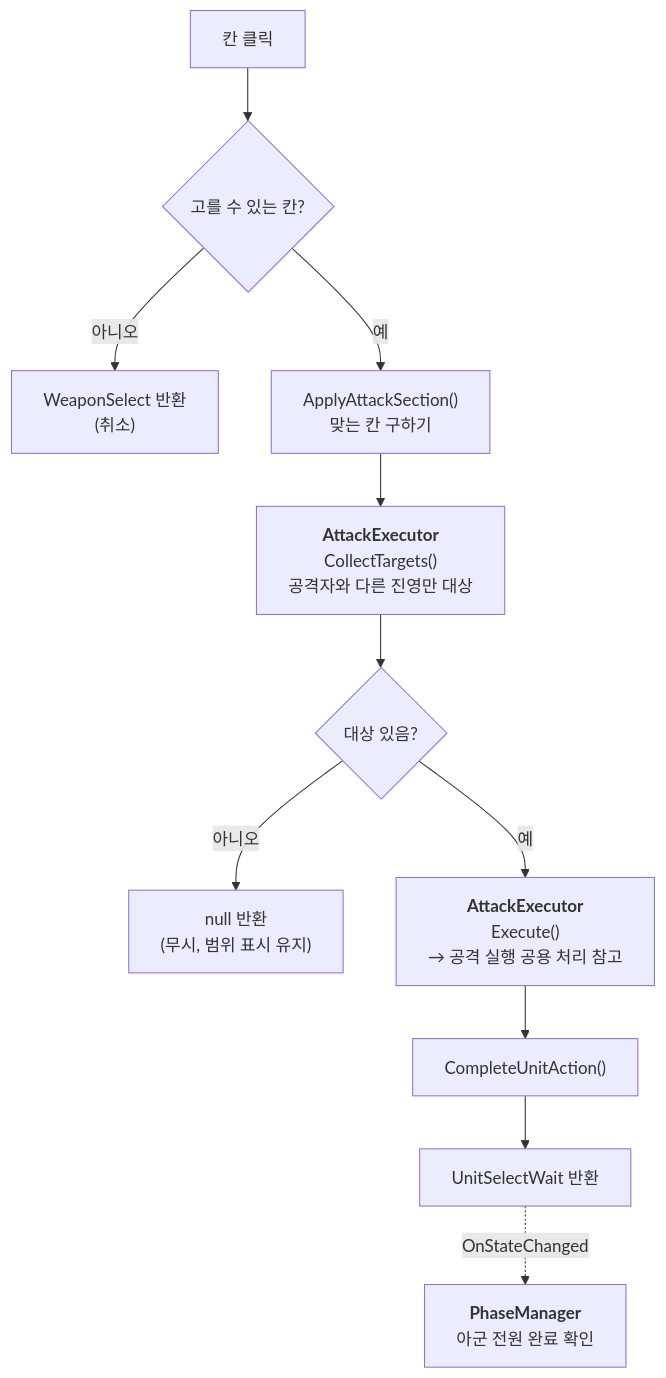
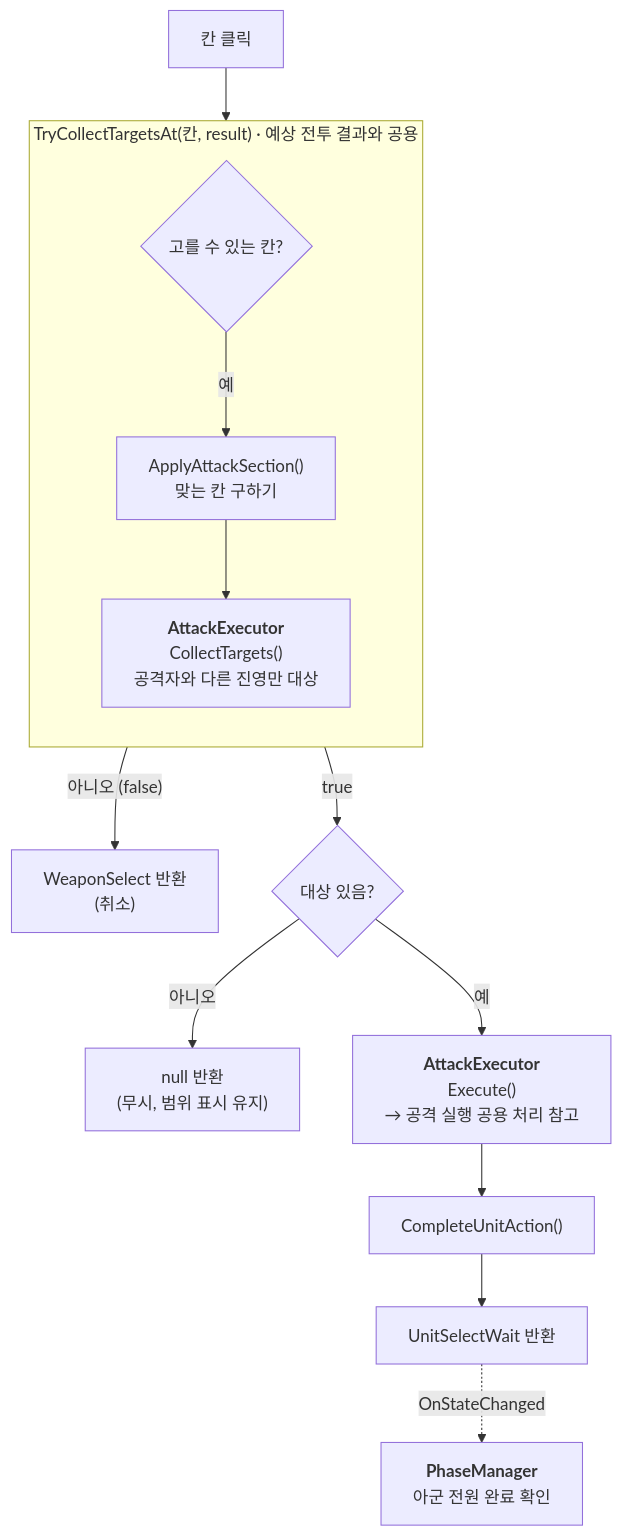
One commit to jayy5288sk/PersonalProject changed diagram 18 of 31 in Docs/ImplementDocs/Diagram.md. Above: the diagram before and after it, drawn with Mermaid. The commit also changed other lines of this file and 23 other files, not shown here.

````diff
--- a/Docs/ImplementDocs/Diagram.md
+++ b/Docs/ImplementDocs/Diagram.md
@@ -358,13 +375,17 @@
 ```mermaid
 flowchart TB
-    Click["칸 클릭"] --> InRange{"고를 수 있는 칸?"}
-    InRange -->|아니오| Cancel["WeaponSelect 반환<br/>(취소)"]
-    InRange -->|예| Hit["ApplyAttackSection()<br/>맞는 칸 구하기"]
-    Hit --> Pick["<b>AttackExecutor</b><br/>CollectTargets()<br/>공격자와 다른 진영만 대상"]
-    Pick --> Any{"대상 있음?"}
+    Click["칸 클릭"] --> Try
+    subgraph Try["TryCollectTargetsAt(칸, result) · 예상 전투 결과와 공용"]
+        direction TB
+        InRange{"고를 수 있는 칸?"}
+        InRange -->|예| Hit["ApplyAttackSection()<br/>맞는 칸 구하기"]
+        Hit --> Pick["<b>AttackExecutor</b><br/>CollectTargets()<br/>공격자와 다른 진영만 대상"]
+    end
+    InRange -->|"아니오 (false)"| Cancel["WeaponSelect 반환<br/>(취소)"]
+    Pick -->|true| Any{"대상 있음?"}
     Any -->|아니오| Ignore["null 반환<br/>(무시, 범위 표시 유지)"]
     Any -->|예| Exec["<b>AttackExecutor</b><br/>Execute()<br/>→ 공격 실행 공용 처리 참고"]
     Exec --> Done["CompleteUnitAction()"]
     Done --> Ret["UnitSelectWait 반환"]
     Ret -.->|OnStateChanged| PM["<b>PhaseManager</b><br/>아군 전원 완료 확인"]
 ```
````
